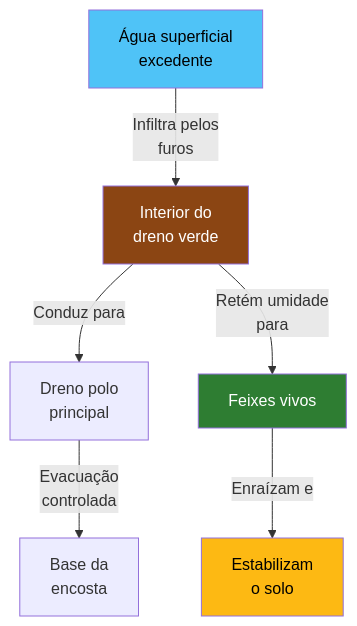
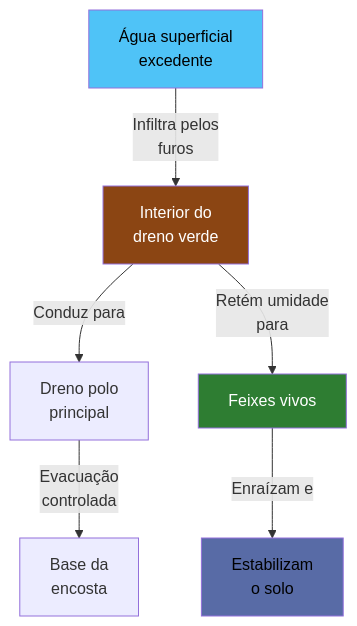
The fifth of 10 diagrams in aulas/bioengenharia_de_solos/aulas/feixes_vivos/feixes_vivos.qmd (ldvsantos/cv), drawn with Mermaid before and after one commit. The commit also changed other lines of this file and 466 other files, not shown here.

````diff
--- a/aulas/bioengenharia_de_solos/aulas/feixes_vivos/feixes_vivos.qmd
+++ b/aulas/bioengenharia_de_solos/aulas/feixes_vivos/feixes_vivos.qmd
@@ -532,13 +530,13 @@
 ```{mermaid}
 %%| fig-width: 5
 graph TD
     A["Água superficial<br>excedente"] -->|"Infiltra pelos<br>furos"| B["Interior do<br>dreno verde"]
     B -->|"Conduz para"| C["Dreno polo<br>principal"]
     B -->|"Retém umidade<br>para"| D["Feixes vivos"]
     D -->|"Enraízam e"| E["Estabilizam<br>o solo"]
     C -->|"Evacuação<br>controlada"| F["Base da<br>encosta"]
     style A fill:#4FC3F7,color:#000
     style B fill:#8B4513,color:#fff
     style D fill:#2E7D32,color:#fff
-    style E fill:#FDB913,color:#000
+    style E fill:#586BA6,color:#000
 ```
````
